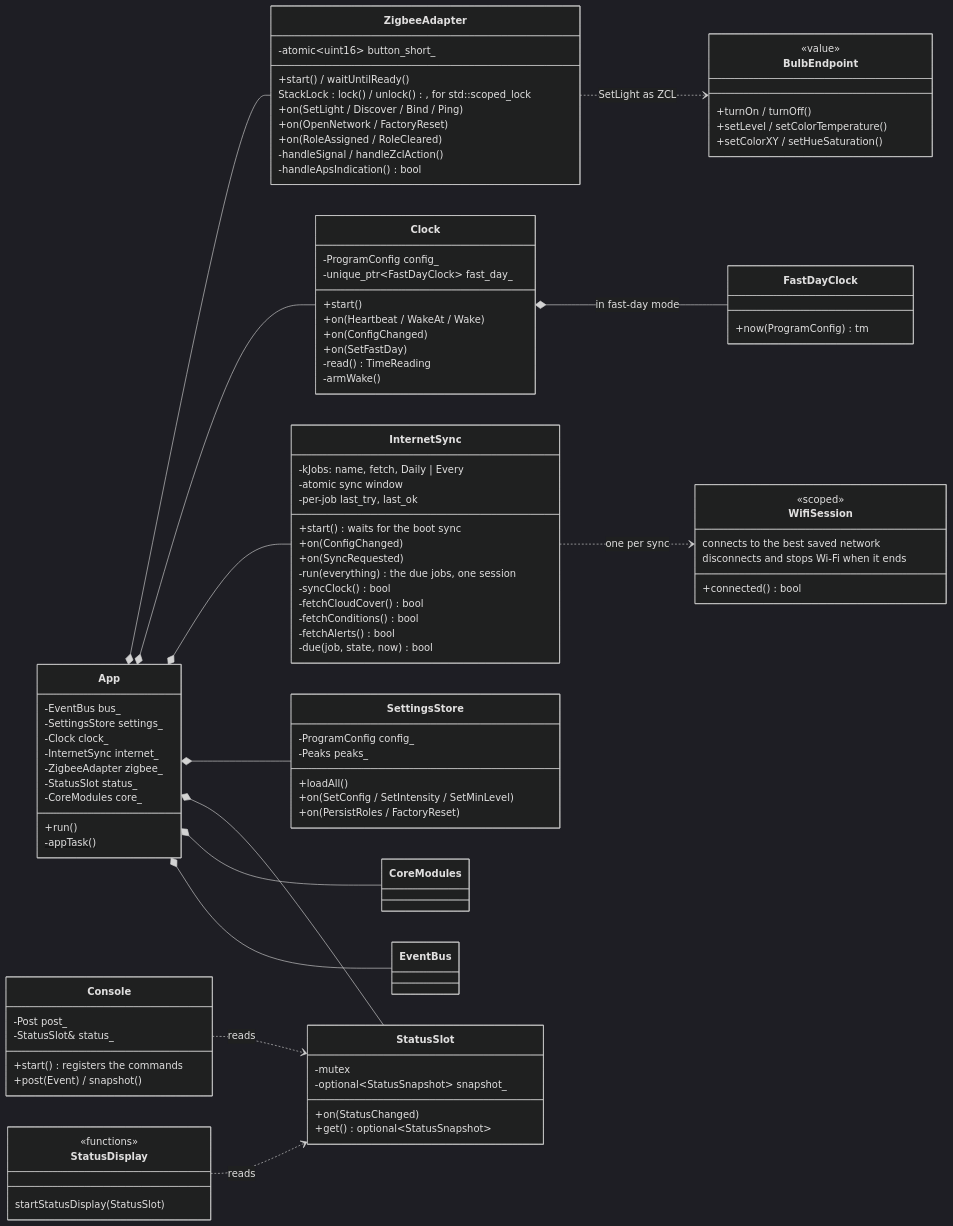
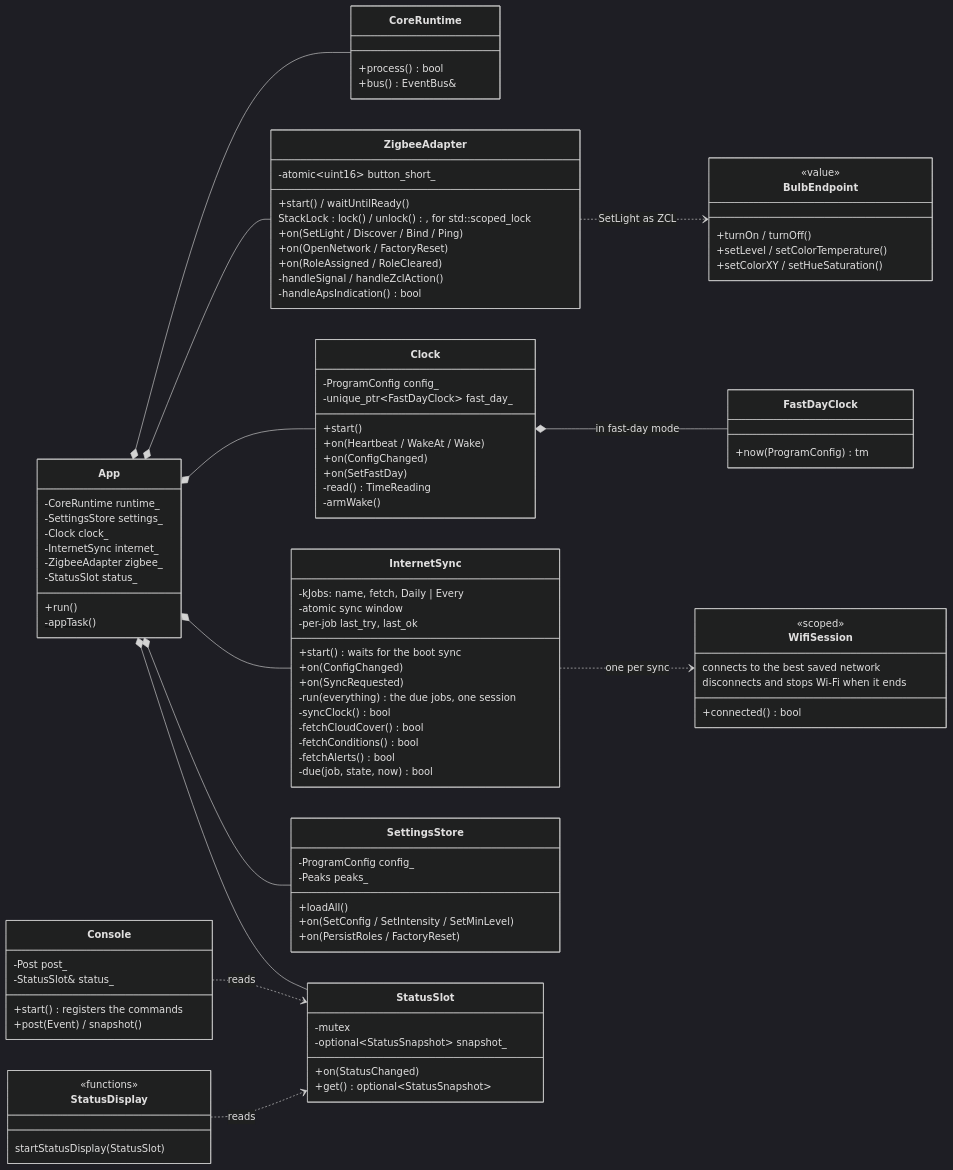
The fifth of 10 diagrams in ARCHITECTURE.md (bjerre/sunsim), drawn with Mermaid (dark theme) before and after one commit. The commit also changed other lines of this file and 22 other files, not shown here.

```diff
--- a/ARCHITECTURE.md
+++ b/ARCHITECTURE.md
@@ -410,15 +429,18 @@
 classDiagram
     direction LR
     class App {
-        -EventBus bus_
+        -CoreRuntime runtime_
         -SettingsStore settings_
         -Clock clock_
         -InternetSync internet_
         -ZigbeeAdapter zigbee_
         -StatusSlot status_
-        -CoreModules core_
         +run()
         -appTask()$
+    }
+    class CoreRuntime {
+        +process() bool
+        +bus() EventBus&
     }
     class ZigbeeAdapter {
         -atomic~uint16~ button_short_
@@ -498,8 +520,7 @@
     App *-- InternetSync
     App *-- SettingsStore
     App *-- StatusSlot
-    App *-- CoreModules
-    App *-- EventBus
+    App *-- CoreRuntime
     ZigbeeAdapter ..> BulbEndpoint : SetLight as ZCL
     InternetSync ..> WifiSession : one per sync
     Clock *-- FastDayClock : in fast-day mode
```
